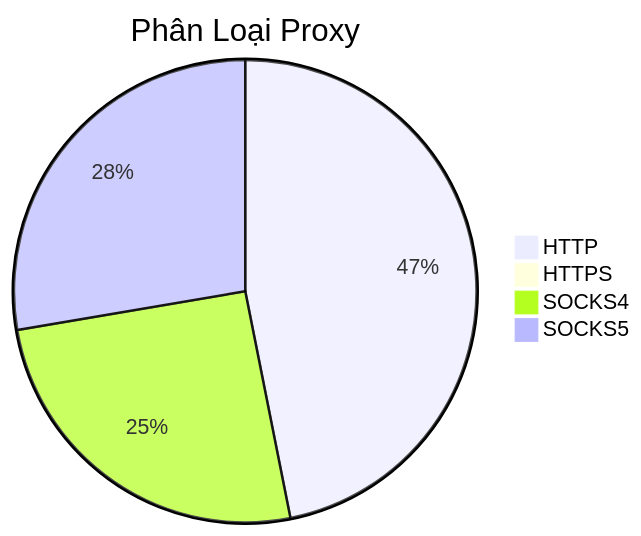
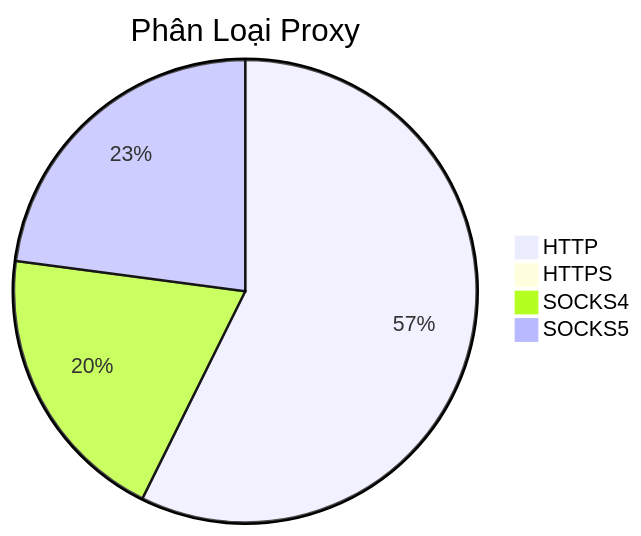
Before and after one commit to Ciara-12/PROXY-free: the diagram in README.md, drawn with Mermaid. The commit also changed other lines of this file and 3 other files, not shown here.

````diff
--- a/README.md
+++ b/README.md
@@ -26,7 +26,7 @@
 ```mermaid
 pie title Phân Loại Proxy
-    "HTTP" : 696
+    "HTTP" : 1056
     "HTTPS" : 0
-    "SOCKS4" : 378
-    "SOCKS5" : 411
+    "SOCKS4" : 364
+    "SOCKS5" : 422
 ```
````
